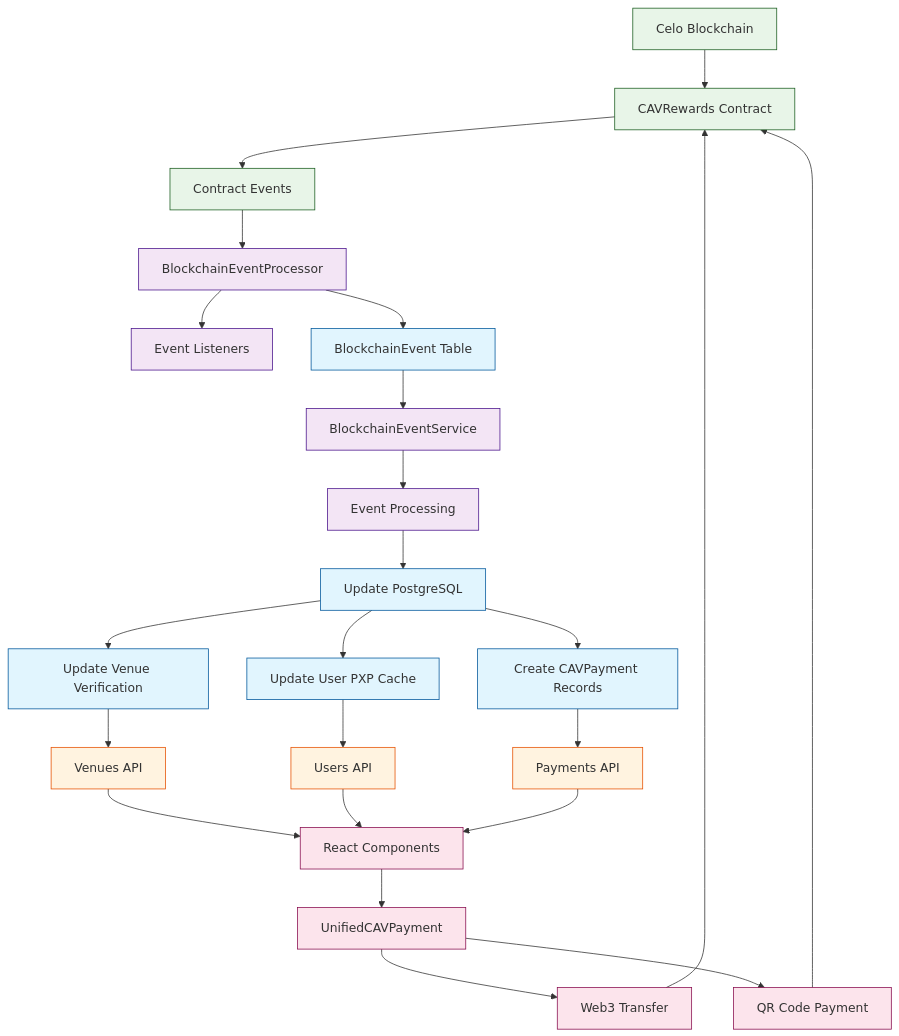
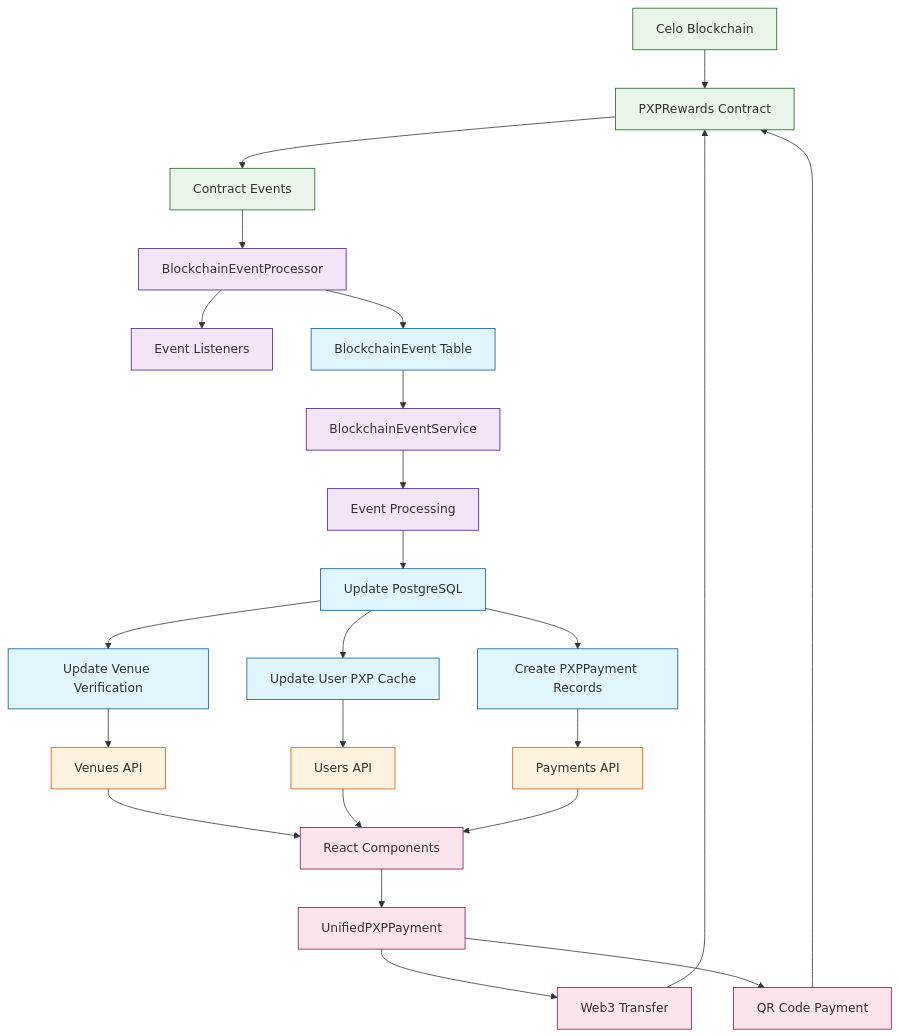
Before and after one commit to dhd1956/piano-blog: the diagram in BLOCKCHAIN_FILE_LAYOUT.md, drawn with Mermaid. The commit also changed other lines of this file and 6 other files, not shown here.

First line of the commit message:
refactor: Rename CAVPayment to PXPPayment for consistency

````diff
--- a/BLOCKCHAIN_FILE_LAYOUT.md
+++ b/BLOCKCHAIN_FILE_LAYOUT.md
@@ -173,51 +193,51 @@
 ```mermaid
 graph TD
     %% Blockchain Layer
-    A[Celo Blockchain] --> B[CAVRewards Contract]
+    A[Celo Blockchain] --> B[PXPRewards Contract]
     B --> C[Contract Events]
 
     %% Event Processing
     C --> D[BlockchainEventProcessor]
     D --> E[Event Listeners]
     D --> F[BlockchainEvent Table]
 
     %% Database Processing
     F --> G[BlockchainEventService]
     G --> H[Event Processing]
     H --> I[Update PostgreSQL]
 
     %% Database Updates
     I --> J[Update Venue Verification]
     I --> K[Update User PXP Cache]
-    I --> L[Create CAVPayment Records]
+    I --> L[Create PXPPayment Records]
 
     %% API Layer
     J --> M[Venues API]
     K --> N[Users API]
     L --> O[Payments API]
 
     %% Frontend
     M --> P[React Components]
     N --> P
     O --> P
 
     %% Payment Flow
-    P --> Q[UnifiedCAVPayment]
+    P --> Q[UnifiedPXPPayment]
     Q --> R[Web3 Transfer]
     Q --> S[QR Code Payment]
     R --> B
     S --> B
 
     %% Styling
     classDef blockchain fill:#e8f5e8,stroke:#1b5e20
     classDef processing fill:#f3e5f5,stroke:#4a148c
     classDef database fill:#e1f5fe,stroke:#01579b
     classDef api fill:#fff3e0,stroke:#e65100
     classDef frontend fill:#fce4ec,stroke:#880e4f
 
     class A,B,C blockchain
     class D,E,G,H processing
     class F,I,J,K,L database
     class M,N,O api
     class P,Q,R,S frontend
 ```
````
